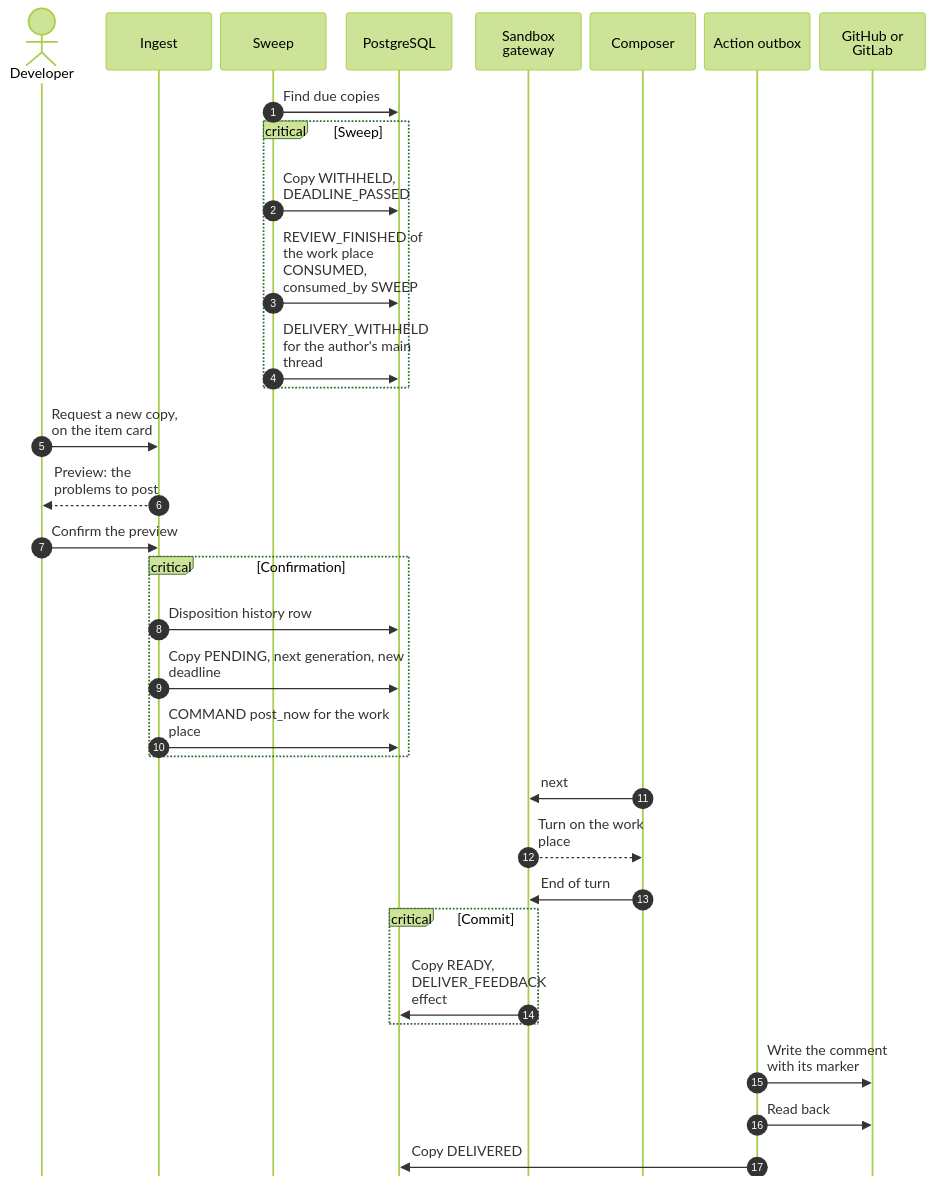
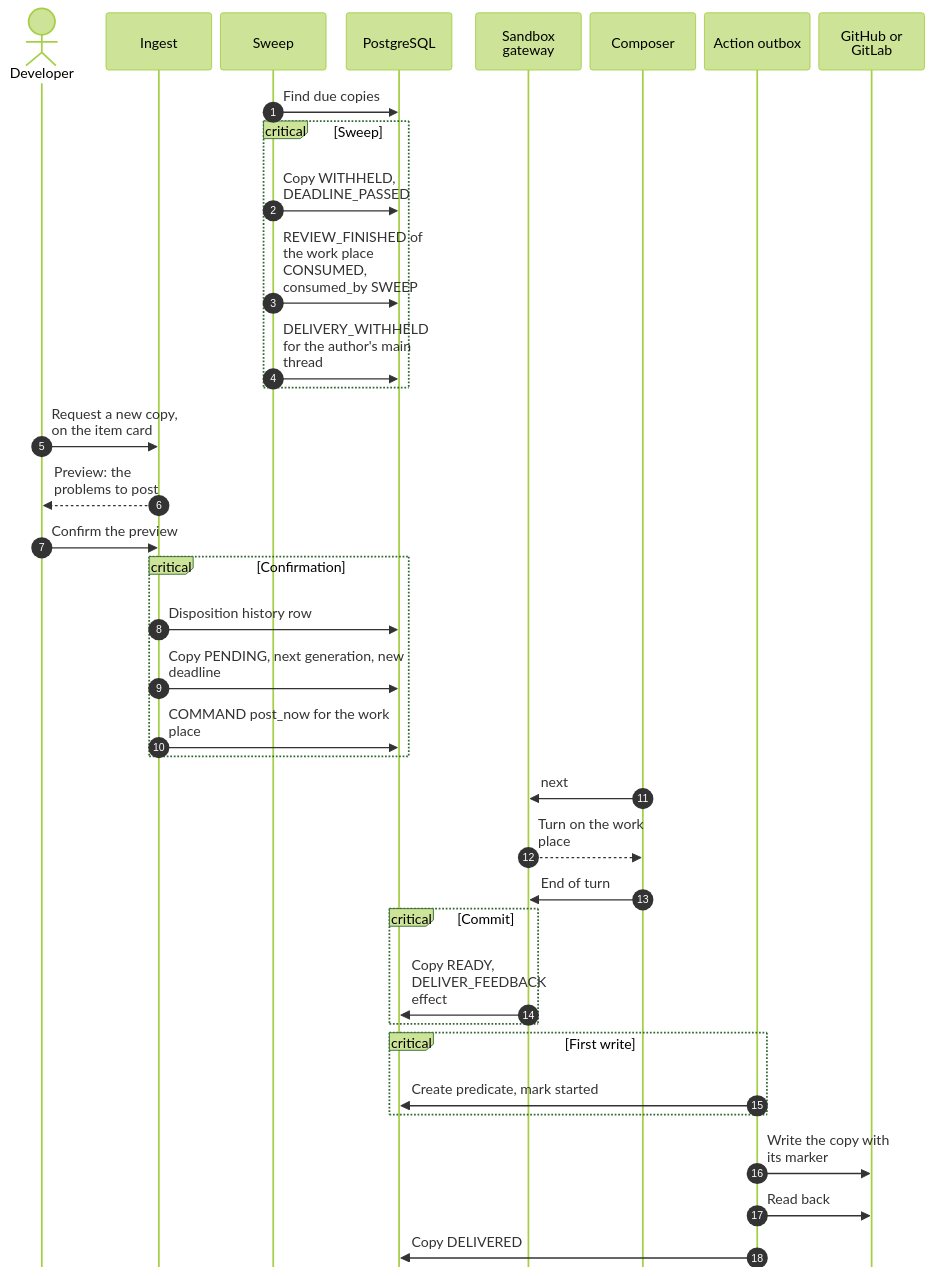
One commit to hephaestus-build/Hephaestus changed diagram 11 of 12 in docs/contributor/conversation-core.mdx. Above: the diagram before and after it, drawn with Mermaid (forest theme). The commit also changed other lines of this file and 3 other files, not shown here.

````diff
--- a/docs/contributor/conversation-core.mdx
+++ b/docs/contributor/conversation-core.mdx
@@ -565,46 +679,49 @@
 ```mermaid
 ---
 config:
   sequence:
     actorMargin: 10
     width: 120
     wrap: true
     messageAlign: left
     mirrorActors: false
 ---
 sequenceDiagram
-    accTitle: The deadline withholds a copy, and the person requests a new one
-    accDescr: No composer turn committed before the deadline. The sweep withholds the copy with DEADLINE_PASSED, consumes the work place item as the sweep and inserts DELIVERY_WITHHELD for the author's main thread. On the item card, the developer selects Request a new copy and confirms the preview. Ingest records the old disposition, moves the copy to PENDING with the next generation and a new deadline, and inserts a COMMAND item for the work place. A composer turn commits a fresh copy through the sandbox gateway, and the action outbox delivers it.
+    accTitle: The deadline withholds a copy, and the person requests a new one, in Automatic mode
+    accDescr: No composer turn committed before the deadline. The sweep withholds the copy with DEADLINE_PASSED, consumes the work place item as the sweep and inserts a DELIVERY_WITHHELD inbox event for the author's main thread. On the item card, the developer selects Request a new copy and confirms the preview. Ingest records the old disposition, moves the copy to PENDING with the next generation and a new deadline, and inserts a COMMAND item for the work place. A composer turn commits a fresh copy through the sandbox gateway. The action outbox runs the first-write transaction and delivers it.
     autonumber
     actor D as Developer
     participant I as Ingest
     participant SW as Sweep
     participant DB as PostgreSQL
     participant G as Sandbox gateway
     participant C as Composer
     participant O as Action outbox
     participant W as GitHub or GitLab
     SW->>DB: Find due copies
     critical Sweep
         SW->>DB: Copy WITHHELD, DEADLINE_PASSED
         SW->>DB: REVIEW_FINISHED of the work place CONSUMED, consumed_by SWEEP
         SW->>DB: DELIVERY_WITHHELD for the author's main thread
     end
     D->>I: Request a new copy, on the item card
     I-->>D: Preview: the problems to post
     D->>I: Confirm the preview
     critical Confirmation
         I->>DB: Disposition history row
         I->>DB: Copy PENDING, next generation, new deadline
         I->>DB: COMMAND post_now for the work place
     end
     C->>G: next
     G-->>C: Turn on the work place
     C->>G: End of turn
     critical Commit
         G->>DB: Copy READY, DELIVER_FEEDBACK effect
     end
-    O->>W: Write the comment with its marker
+    critical First write
+        O->>DB: Create predicate, mark started
+    end
+    O->>W: Write the copy with its marker
     O->>W: Read back
     O->>DB: Copy DELIVERED
 ```
````
